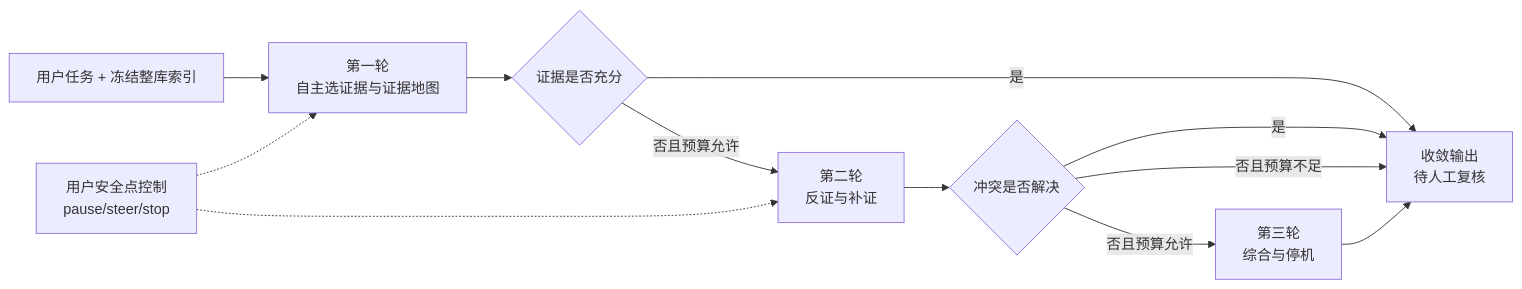
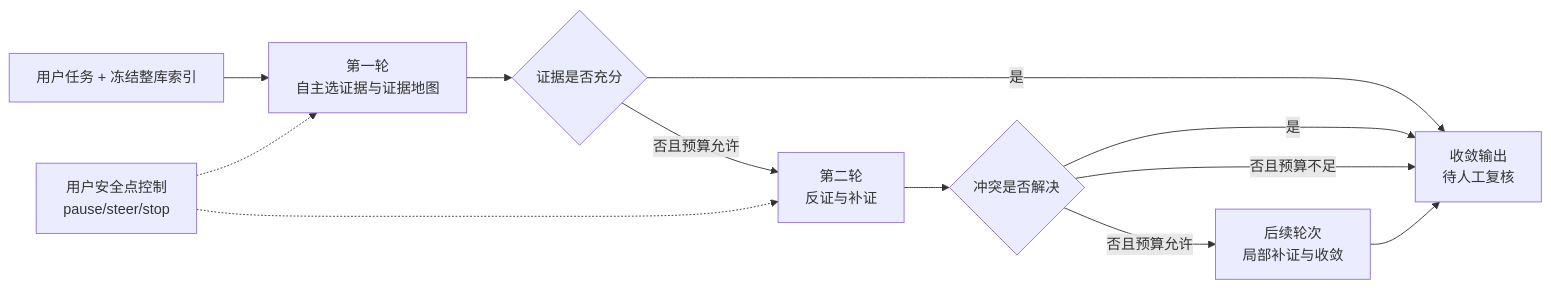
One commit to Dickey007s/lenovo_agent changed the fourth of 5 diagrams in docs/reports/OFFICE-AGENT-DETAILED-CHINESE-REPORT-20260825.md. Above: the diagram before and after it, drawn with Mermaid. The commit also changed other lines of this file and 46 other files, not shown here.

````diff
--- a/docs/reports/OFFICE-AGENT-DETAILED-CHINESE-REPORT-20260825.md
+++ b/docs/reports/OFFICE-AGENT-DETAILED-CHINESE-REPORT-20260825.md
@@ -825,14 +861,14 @@
 ```mermaid
 flowchart LR
     U[用户任务 + 冻结整库索引] --> R1[第一轮<br/>自主选证据与证据地图]
     R1 --> G1{证据是否充分}
     G1 -- 是 --> S[收敛输出<br/>待人工复核]
     G1 -- 否且预算允许 --> R2[第二轮<br/>反证与补证]
     U2[用户安全点控制<br/>pause/steer/stop] -.-> R1
     U2 -.-> R2
     R2 --> G2{冲突是否解决}
     G2 -- 是 --> S
-    G2 -- 否且预算允许 --> R3[第三轮<br/>综合与停机]
+    G2 -- 否且预算允许 --> RN[后续轮次<br/>局部补证与收敛]
     G2 -- 否且预算不足 --> S
-    R3 --> S
+    RN --> S
 ```
````
